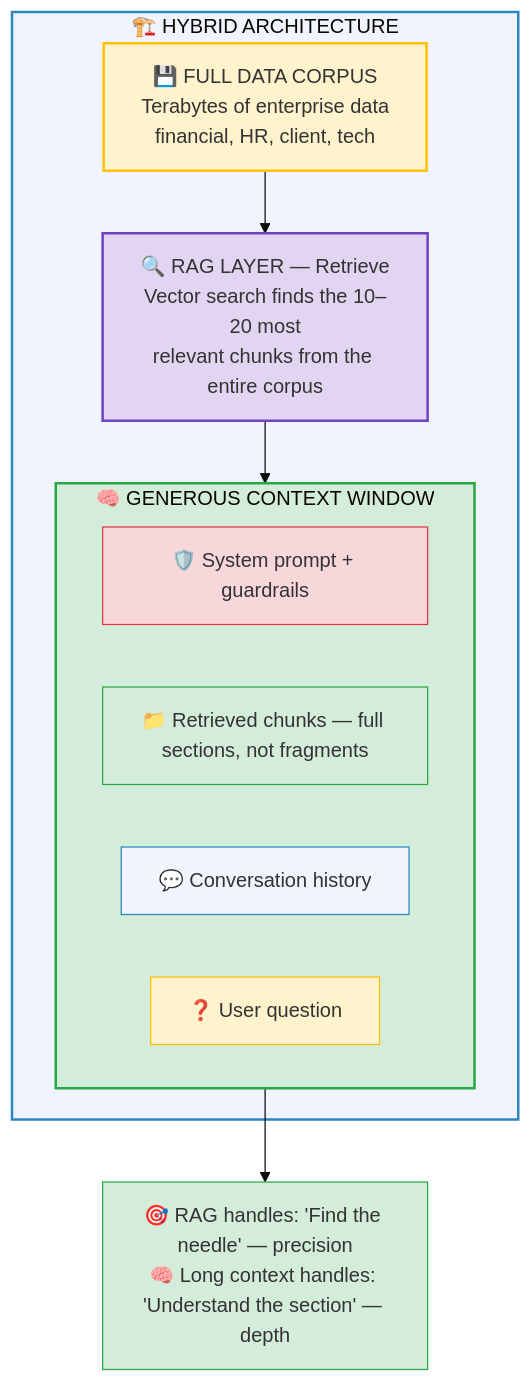
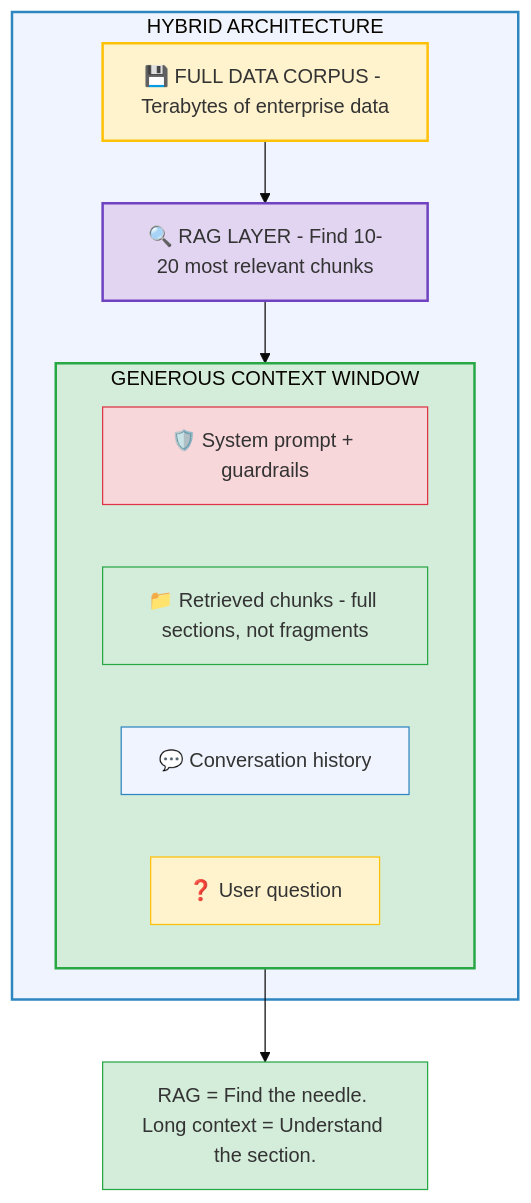
One commit to ithinktavo/GenAI-Engineering-Handbook changed the fourth of 5 diagrams in docs/05-rag-vs-long-context.md. Above: the diagram before and after it, drawn with Mermaid (base theme). The commit also changed other lines of this file and 9 other files, not shown here.

First line of the commit message:
Fix Mermaid rendering: remove emoji from subgraph titles and unsupported syntax

````diff
--- a/docs/05-rag-vs-long-context.md
+++ b/docs/05-rag-vs-long-context.md
@@ -161,29 +161,29 @@
 ```mermaid
 graph TD
-    subgraph HYBRID["🏗️ HYBRID ARCHITECTURE"]
-        DC["💾 FULL DATA CORPUS\nTerabytes of enterprise data\nfinancial, HR, client, tech"]
-        RL["🔍 RAG LAYER — Retrieve\nVector search finds the 10–20 most\nrelevant chunks from the entire corpus"]
+    subgraph HYBRID["HYBRID ARCHITECTURE"]
+        DC["💾 FULL DATA CORPUS - Terabytes of enterprise data"]
+        RL["🔍 RAG LAYER - Find 10-20 most relevant chunks"]
 
-        subgraph CTX["🧠 GENEROUS CONTEXT WINDOW"]
+        subgraph CTX["GENEROUS CONTEXT WINDOW"]
             S["🛡️ System prompt + guardrails"]
-            CH["📁 Retrieved chunks — full sections, not fragments"]
+            CH["📁 Retrieved chunks - full sections, not fragments"]
             HI["💬 Conversation history"]
             UQ["❓ User question"]
         end
 
         DC --> RL --> CTX
     end
 
-    P["🎯 RAG handles: 'Find the needle' — precision\n🧠 Long context handles: 'Understand the section' — depth"]
+    P["RAG = Find the needle. Long context = Understand the section."]
     CTX --> P
 
     style HYBRID fill:#f0f4ff,stroke:#2E86C1,stroke-width:2px
     style DC fill:#fff3cd,stroke:#ffc107,stroke-width:2px
     style RL fill:#e2d5f1,stroke:#6f42c1,stroke-width:2px
     style CTX fill:#d4edda,stroke:#28a745,stroke-width:2px
     style S fill:#f8d7da,stroke:#dc3545
     style CH fill:#d4edda,stroke:#28a745
     style HI fill:#f0f4ff,stroke:#2E86C1
     style UQ fill:#fff3cd,stroke:#ffc107
     style P fill:#d4edda,stroke:#28a745
 ```
````
